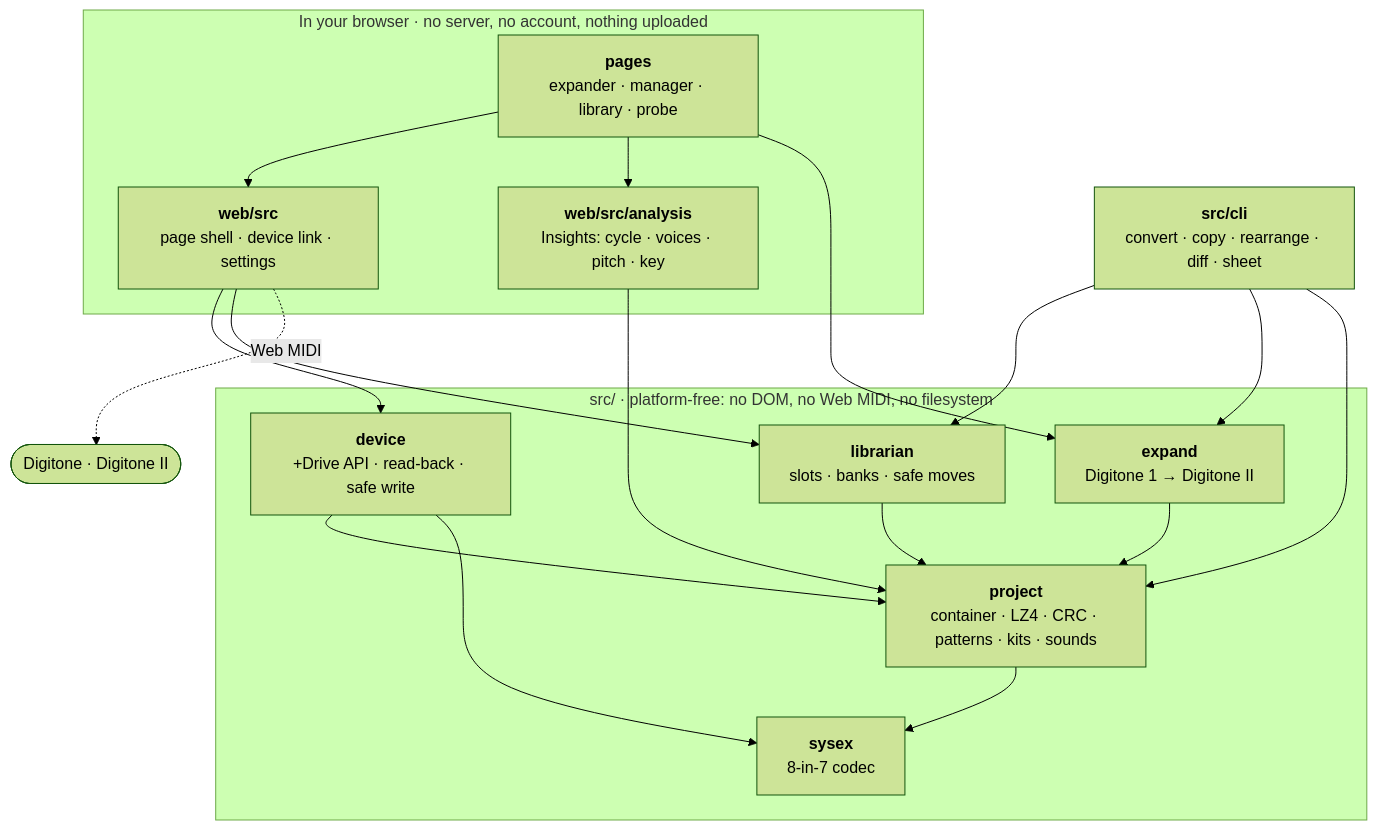
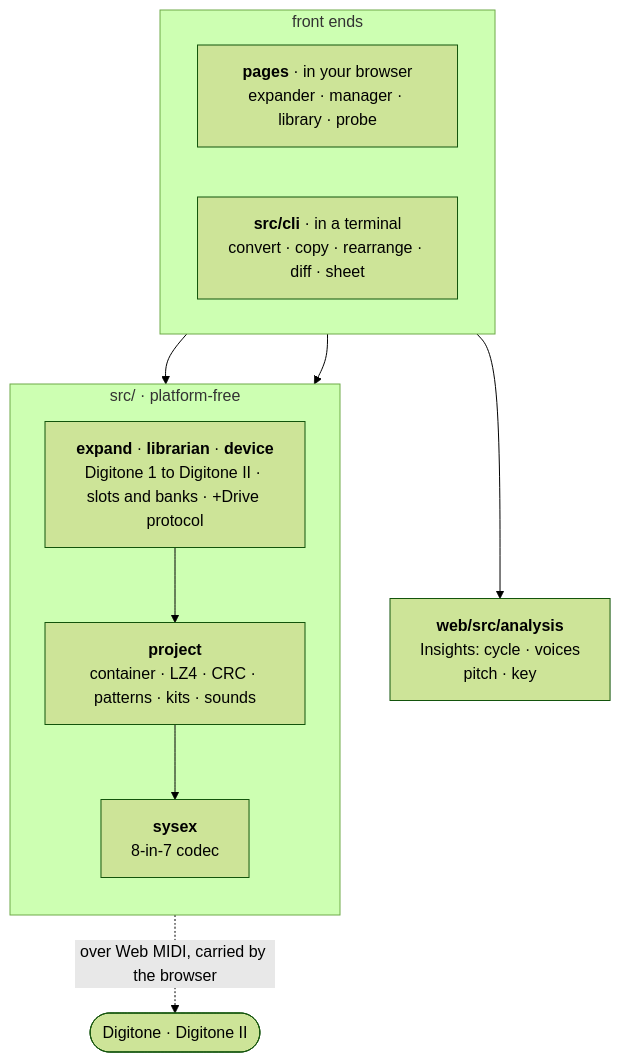
One commit to NoiseAndMatter/DNX changed the diagram in README.md. Above: the diagram before and after it, drawn with Mermaid (forest theme). The commit also changed other lines of this file, not shown here.

Commit message:
Lay the architecture diagram out so it can be read
The first version put the command line outside both boxes, so its arrows crossed into the middle
of the core at three different depths and one of them skipped a whole tier. Nine of the fifteen
edges were doing that. It was an import graph drawn as a picture rather than a picture of the
architecture.

Now it is a spine. Both front ends sit in one box at the top, the core is a straight vertical
run of operations, project and sysex, and the instrument hangs off the bottom. No crossings, no
overlapping boxes, no arrow that skips a level.

expand, librarian and device collapse into one tier. They sit at the same depth and drawing them
as three nodes with four consumers apiece was most of the tangle; the text under the diagram
still names each one and says what it owns.

Checked by rendering it rather than by reading it: five layouts tried, node ranks and cluster
boxes measured for overlap on each, and the one kept is the one I looked at.

````diff
--- a/README.md
+++ b/README.md
@@ -114,36 +114,25 @@
 ```mermaid
 flowchart TD
-  subgraph B["In your browser · no server, no account, nothing uploaded"]
-    P["<b>pages</b><br/>expander · manager · library · probe"]
-    W["<b>web/src</b><br/>page shell · device link · settings"]
-    A["<b>web/src/analysis</b><br/>Insights: cycle · voices · pitch · key"]
+  subgraph FE["front ends"]
+    direction LR
+    P["<b>pages</b> · in your browser<br/>expander · manager · library · probe"]
+    C["<b>src/cli</b> · in a terminal<br/>convert · copy · rearrange · diff · sheet"]
   end
 
-  C["<b>src/cli</b><br/>convert · copy · rearrange · diff · sheet"]
+  A["<b>web/src/analysis</b><br/>Insights: cycle · voices<br/>pitch · key"]
 
-  subgraph S["src/ · platform-free: no DOM, no Web MIDI, no filesystem"]
-    L["<b>librarian</b><br/>slots · banks · safe moves"]
-    X["<b>expand</b><br/>Digitone 1 → Digitone II"]
-    D["<b>device</b><br/>+Drive API · read-back · safe write"]
+  subgraph CORE["src/ · platform-free"]
+    direction TB
+    OPS["<b>expand</b> · <b>librarian</b> · <b>device</b><br/>Digitone 1 to Digitone II · slots and banks · +Drive protocol"]
     J["<b>project</b><br/>container · LZ4 · CRC · patterns · kits · sounds"]
     Y["<b>sysex</b><br/>8-in-7 codec"]
+    OPS --> J --> Y
   end
 
   I(["Digitone · Digitone II"])
 
-  P --> W
   P --> A
-  P --> X
-  W --> D
-  W --> L
-  C --> L
-  C --> X
-  C --> J
-  A --> J
-  L --> J
-  X --> J
-  D --> J
-  D --> Y
-  J --> Y
-  W -. "Web MIDI" .-> I
+  P --> OPS
+  C --> OPS
+  Y -. "over Web MIDI, carried by the browser" .-> I
 ```
````
